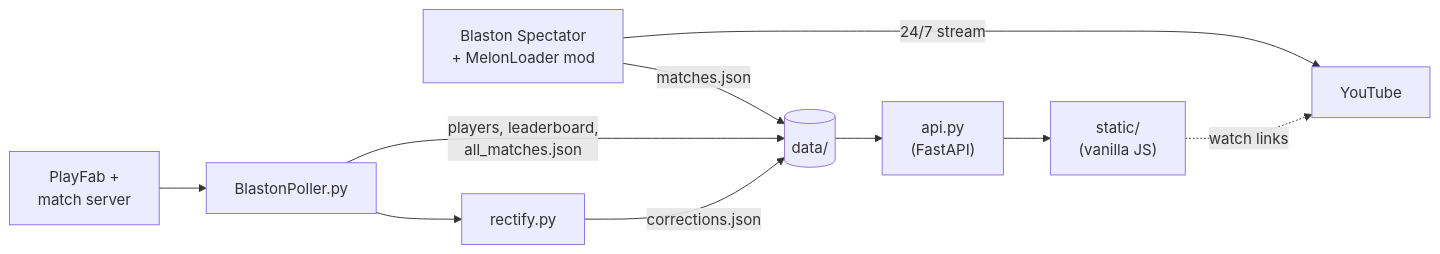
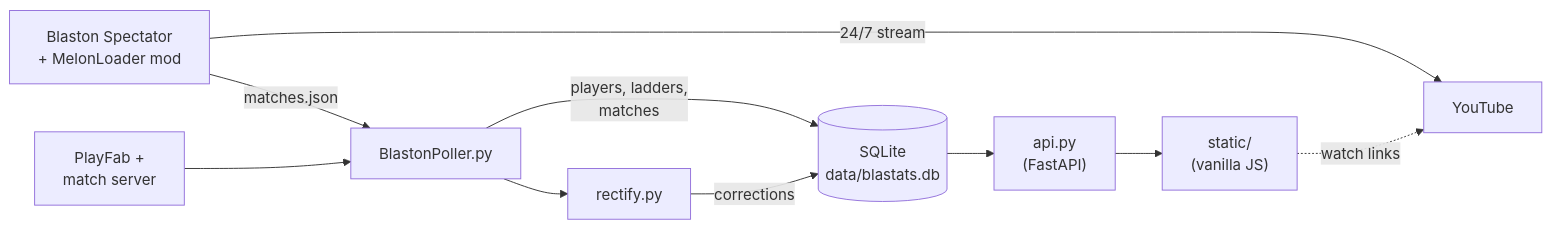
One commit to paucon07/Blastats changed the diagram in README.md. Above: the diagram before and after it, drawn with Mermaid. The commit also changed other lines of this file, not shown here.

````diff
--- a/README.md
+++ b/README.md
@@ -13,12 +13,12 @@
 ```mermaid
 flowchart LR
-    game["Blaston Spectator<br/>+ MelonLoader mod"] -->|matches.json| data[(data/)]
+    game["Blaston Spectator<br/>+ MelonLoader mod"] -->|matches.json| poller["BlastonPoller.py"]
     game -->|24/7 stream| yt["YouTube"]
     site -.->|watch links| yt
-    playfab["PlayFab +<br/>match server"] --> poller["BlastonPoller.py"]
-    poller -->|players, leaderboard,<br/>all_matches.json| data
+    playfab["PlayFab +<br/>match server"] --> poller
+    poller -->|players, ladders,<br/>matches| db[("SQLite<br/>data/blastats.db")]
     poller --> rectify["rectify.py"]
-    rectify -->|corrections.json| data
-    data --> api["api.py<br/>(FastAPI)"]
+    rectify -->|corrections| db
+    db --> api["api.py<br/>(FastAPI)"]
     api --> site["static/<br/>(vanilla JS)"]
 ```
````
